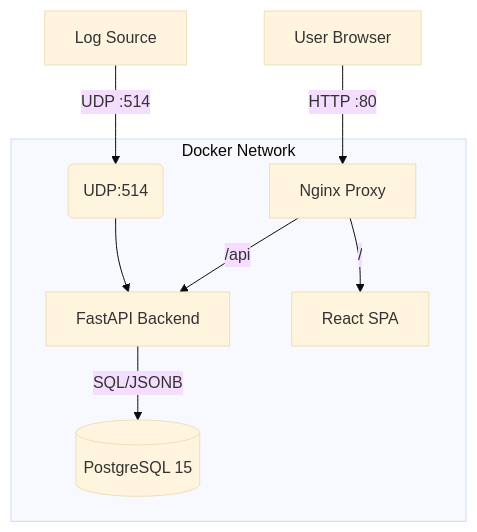
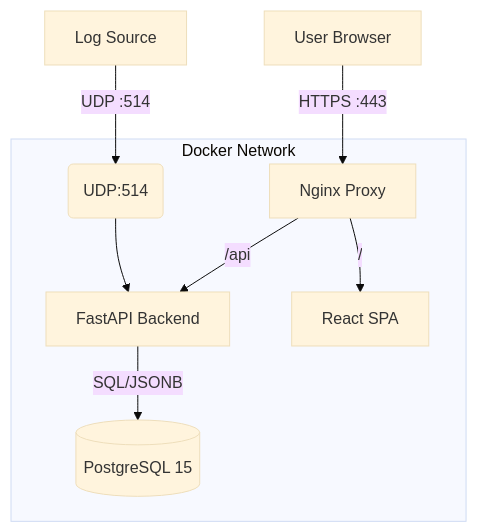
One commit to Mee1296/log_management changed the diagram in Readme.md. Above: the diagram before and after it, drawn with Mermaid (base theme). The commit also changed 9 other files, not shown here.

````diff
--- a/Readme.md
+++ b/Readme.md
@@ -9,12 +9,12 @@
 ```mermaid
 graph TD
-    Client[User Browser] -- HTTP :80 --> Nginx
+    Client[User Browser] -- HTTPS :443 --> Nginx
     Source[Log Source] -- UDP :514 --> SyslogPort
 
     subgraph "Docker Network"
         Nginx[Nginx Proxy] -- /api --> Backend
         Nginx -- / --> Frontend[React SPA]
         SyslogPort(UDP:514) --> Backend[FastAPI Backend]
         Backend -- SQL/JSONB --> DB[(PostgreSQL 15)]
     end
 ```
````
